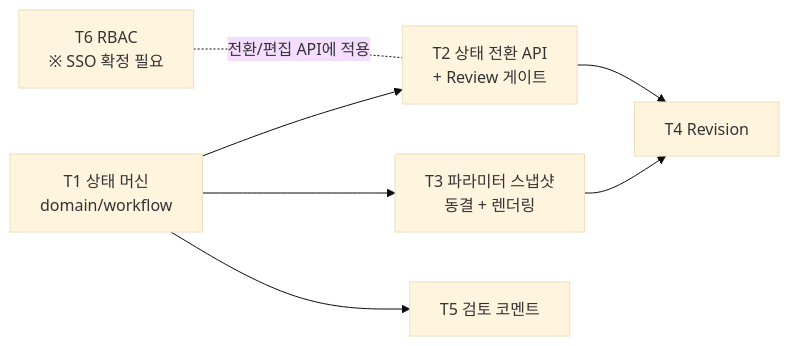
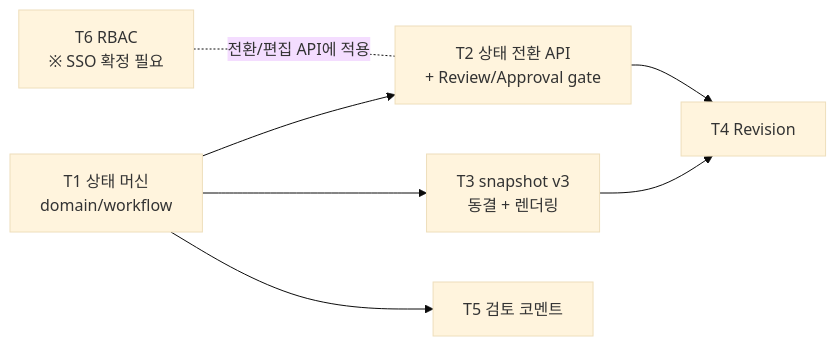
Before and after one commit to Middleages/process-condition-manager: the diagram in plan/phase-5-tasks.md, drawn with Mermaid (base theme). The commit also changed other lines of this file and 6 other files, not shown here.

````diff
--- a/plan/phase-5-tasks.md
+++ b/plan/phase-5-tasks.md
@@ -32,9 +33,9 @@
 ```mermaid
 flowchart LR
-    T1[T1 상태 머신<br/>domain/workflow] --> T2[T2 상태 전환 API<br/>+ Review 게이트]
-    T1 --> T3[T3 파라미터 스냅샷<br/>동결 + 렌더링]
+    T1[T1 상태 머신<br/>domain/workflow] --> T2[T2 상태 전환 API<br/>+ Review/Approval gate]
+    T1 --> T3[T3 snapshot v3<br/>동결 + 렌더링]
     T2 --> T4[T4 Revision]
     T3 --> T4
     T1 --> T5[T5 검토 코멘트]
     T6[T6 RBAC<br/>※ SSO 확정 필요] -.전환/편집 API에 적용.- T2
 ```
````
